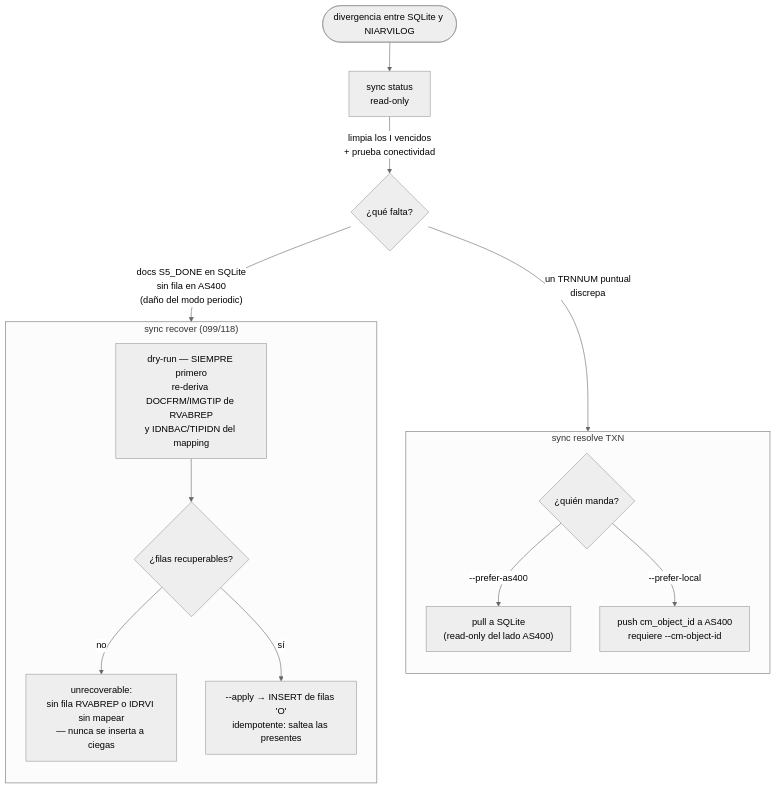
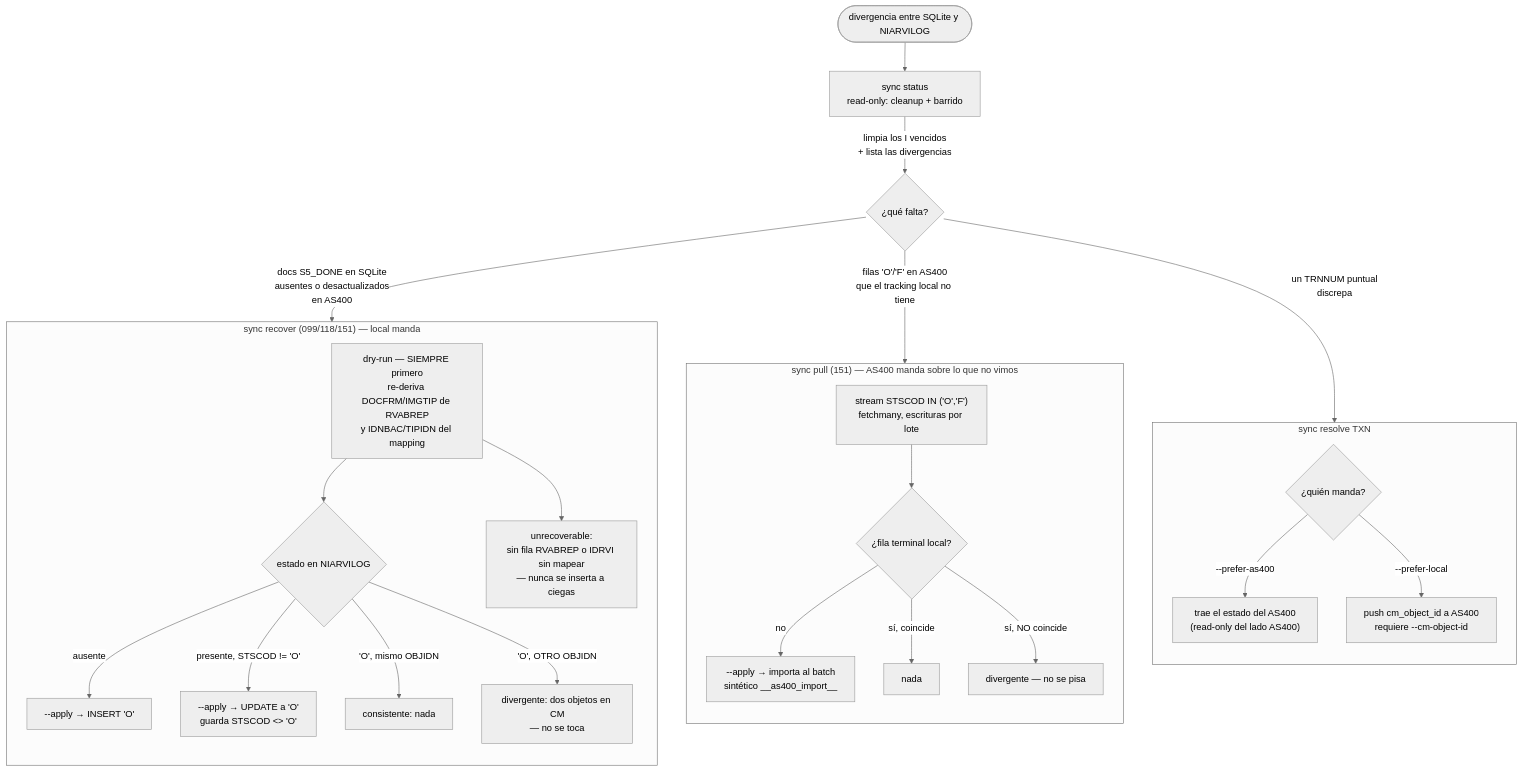
The fifth of 6 diagrams in docs/diagrams/sync-subsystem.md (bitbreaker01/CMCourier), drawn with Mermaid (neutral theme) before and after one commit. The commit also changed other lines of this file and 29 other files, not shown here.

First line of the commit message:
feat(sync): sincronización de dos vías con RVIMGLOG (151)

````diff
--- a/docs/diagrams/sync-subsystem.md
+++ b/docs/diagrams/sync-subsystem.md
@@ -91,25 +113,38 @@
 ```mermaid
 flowchart TD
     START(["divergencia entre SQLite y NIARVILOG"]) --> STATUS
 
-    STATUS["sync status<br/>read-only"]
-    STATUS -->|"limpia los I vencidos<br/>+ prueba conectividad"| DIAG{"¿qué falta?"}
+    STATUS["sync status<br/>read-only: cleanup + barrido"]
+    STATUS -->|"limpia los I vencidos<br/>+ lista las divergencias"| DIAG{"¿qué falta?"}
 
-    DIAG -->|"docs S5_DONE en SQLite<br/>sin fila en AS400<br/>(daño del modo periodic)"| REC
+    DIAG -->|"docs S5_DONE en SQLite<br/>ausentes o desactualizados<br/>en AS400"| REC
+    DIAG -->|"filas 'O'/'F' en AS400<br/>que el tracking local no tiene"| PULL
     DIAG -->|"un TRNNUM puntual<br/>discrepa"| RES
 
-    subgraph REC["sync recover (099/118)"]
+    subgraph REC["sync recover (099/118/151) — local manda"]
         direction TB
         R1["dry-run — SIEMPRE primero<br/>re-deriva DOCFRM/IMGTIP de RVABREP<br/>y IDNBAC/TIPIDN del mapping"]
-        R1 --> R2{"¿filas recuperables?"}
-        R2 -->|no| R3["unrecoverable:<br/>sin fila RVABREP o IDRVI sin mapear<br/>— nunca se inserta a ciegas"]
-        R2 -->|sí| R4["--apply → INSERT de filas 'O'<br/>idempotente: saltea las presentes"]
+        R1 --> R2{"estado en NIARVILOG"}
+        R2 -->|"ausente"| R4["--apply → INSERT 'O'"]
+        R2 -->|"presente, STSCOD != 'O'"| R5["--apply → UPDATE a 'O'<br/>guarda STSCOD <> 'O'"]
+        R2 -->|"'O', mismo OBJIDN"| R6["consistente: nada"]
+        R2 -->|"'O', OTRO OBJIDN"| R7["divergente: dos objetos en CM<br/>— no se toca"]
+        R1 --> R3["unrecoverable:<br/>sin fila RVABREP o IDRVI sin mapear<br/>— nunca se inserta a ciegas"]
+    end
+
+    subgraph PULL["sync pull (151) — AS400 manda sobre lo que no vimos"]
+        direction TB
+        P1["stream STSCOD IN ('O','F')<br/>fetchmany, escrituras por lote"]
+        P1 --> P2{"¿fila terminal local?"}
+        P2 -->|no| P3["--apply → importa al batch<br/>sintético __as400_import__"]
+        P2 -->|"sí, coincide"| P4["nada"]
+        P2 -->|"sí, NO coincide"| P5["divergente — no se pisa"]
     end
 
     subgraph RES["sync resolve TXN"]
         direction TB
         S1{"¿quién manda?"}
-        S1 -->|"--prefer-as400"| S2["pull a SQLite<br/>(read-only del lado AS400)"]
+        S1 -->|"--prefer-as400"| S2["trae el estado del AS400<br/>(read-only del lado AS400)"]
         S1 -->|"--prefer-local"| S3["push cm_object_id a AS400<br/>requiere --cm-object-id"]
     end
 ```
````
